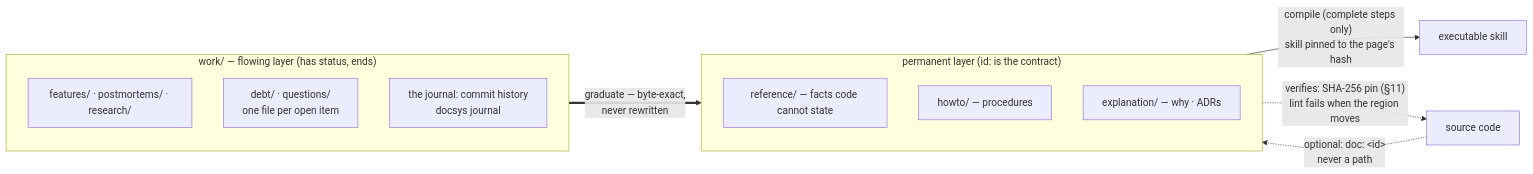
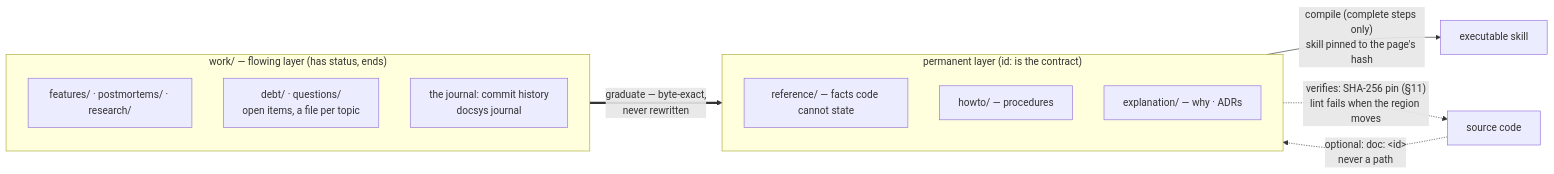
Before and after one commit to FatihErtugral/docsys: the first of 7 diagrams in README.md, drawn with Mermaid. The commit also changed other lines of this file and 34 other files, not shown here.

Commit message:
debt and questions group by topic: an item is a line in its [topic] file, general without one (D-124)

````diff
--- a/README.md
+++ b/README.md
@@ -31,24 +31,24 @@
 ```mermaid
 flowchart LR
     subgraph WORK["work/ — flowing layer (has status, ends)"]
         direction TB
         F["features/ · postmortems/ · research/"]
-        J["debt/ · questions/<br/>one file per open item"]
+        J["debt/ · questions/<br/>open items, a file per topic"]
         H["the journal: commit history<br/>docsys journal"]
     end
 
     subgraph PERM["permanent layer (id: is the contract)"]
         direction TB
         REF["reference/ — facts code cannot state"]
         HOW["howto/ — procedures"]
         EXP["explanation/ — why · ADRs"]
     end
 
     CODE["source code"]
     SKILL["executable skill"]
 
     F ==>|"graduate — byte-exact,<br/>never rewritten"| PERM
     CODE -.->|"optional: doc: &lt;id&gt;<br/>never a path"| PERM
     PERM -.->|"verifies: SHA-256 pin (§11)<br/>lint fails when the region moves"| CODE
     HOW -->|"compile (complete steps only)<br/>skill pinned to the page's hash"| SKILL
 ```
````
